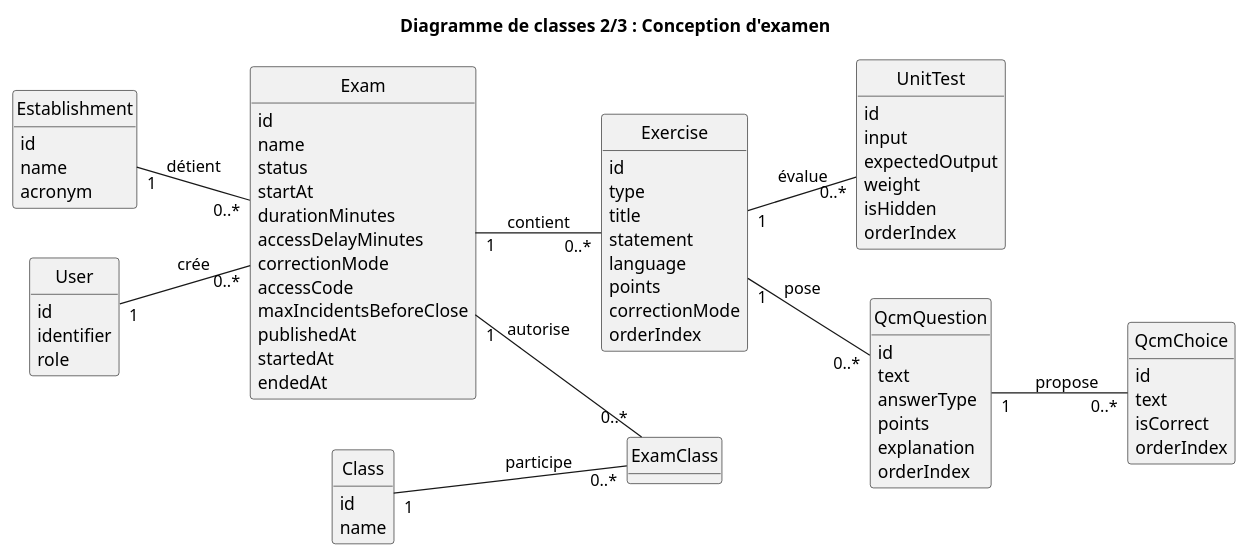
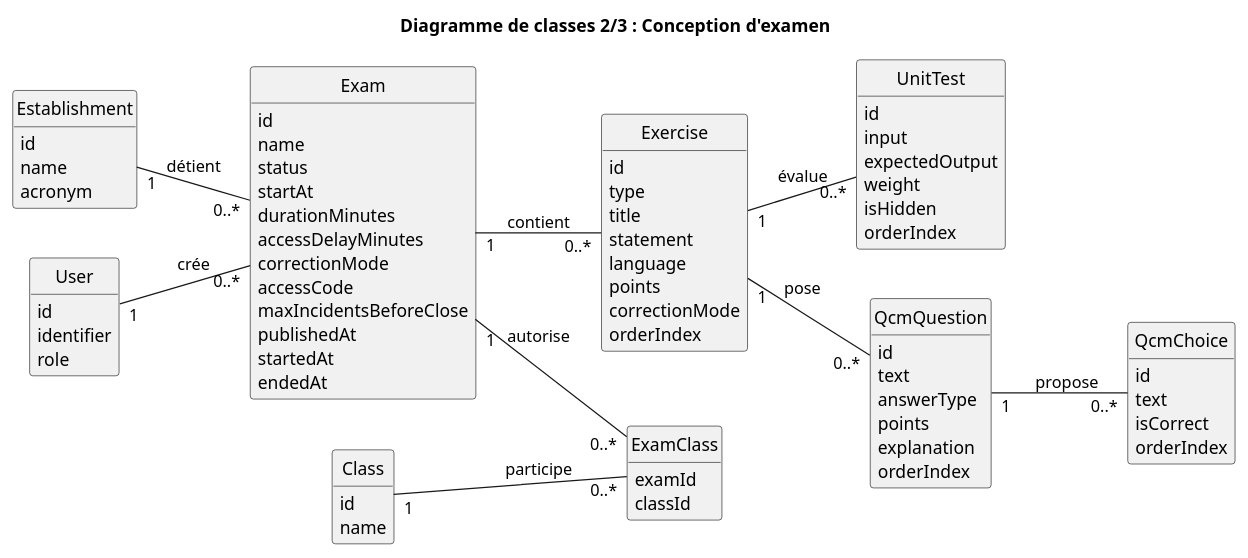
Before and after one commit to progirix/cylentic: the diagram in docs/diagrammes/05b1_classes_conception_examen.puml, drawn with PlantUML.

Commit message:
Ajoute les attributs examId et classId à ExamClass

```diff
--- a/docs/diagrammes/05b1_classes_conception_examen.puml
+++ b/docs/diagrammes/05b1_classes_conception_examen.puml
@@ -1,92 +1,94 @@
 @startuml
 left to right direction
 skinparam shadowing false
 skinparam classAttributeIconSize 0
 skinparam nodesep 40
 skinparam ranksep 45
 hide empty methods
 hide circle
 
 title Diagramme de classes 2/3 : Conception d'examen
 
 class Establishment {
   id
   name
   acronym
 }
 
 class User {
   id
   identifier
   role
 }
 
 class Class {
   id
   name
 }
 
 class Exam {
   id
   name
   status
   startAt
   durationMinutes
   accessDelayMinutes
   correctionMode
   accessCode
   maxIncidentsBeforeClose
   publishedAt
   startedAt
   endedAt
 }
 
 class ExamClass {
+  examId
+  classId
 }
 
 class Exercise {
   id
   type
   title
   statement
   language
   points
   correctionMode
   orderIndex
 }
 
 class UnitTest {
   id
   input
   expectedOutput
   weight
   isHidden
   orderIndex
 }
 
 class QcmQuestion {
   id
   text
   answerType
   points
   explanation
   orderIndex
 }
 
 class QcmChoice {
   id
   text
   isCorrect
   orderIndex
 }
 
 Establishment "1" -- "0..*" Exam : "détient"
 User "1" -- "0..*" Exam : "crée"
 Exam "1" -- "0..*" ExamClass : "autorise"
 Class "1" -- "0..*" ExamClass : "participe"
 Exam "1" -- "0..*" Exercise : "contient"
 Exercise "1" -- "0..*" UnitTest : "évalue"
 Exercise "1" -- "0..*" QcmQuestion : "pose"
 QcmQuestion "1" -- "0..*" QcmChoice : "propose"
 
 @enduml
```
